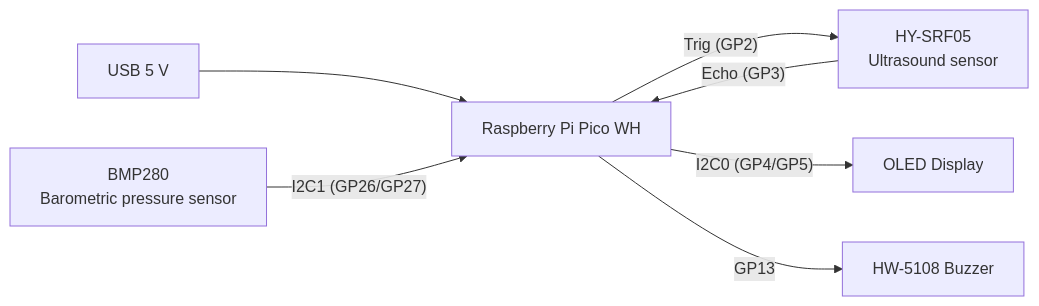
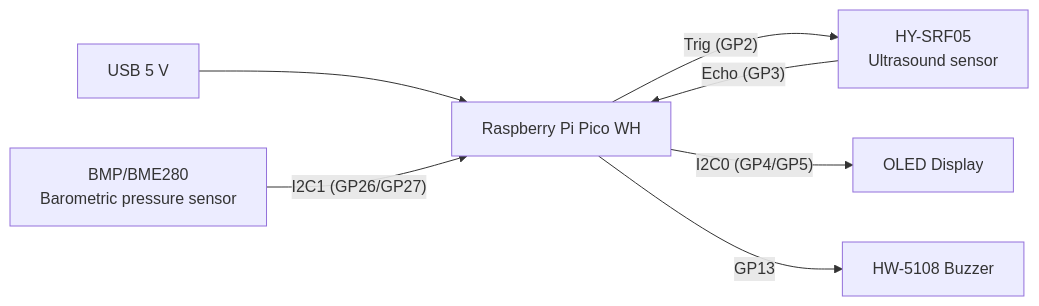
Before and after one commit to Patik05/BPC-DE2-project: the diagram in README.md, drawn with Mermaid. The commit also changed other lines of this file, not shown here.

````diff
--- a/README.md
+++ b/README.md
@@ -35,9 +35,9 @@
 ```mermaid
 flowchart LR
     USB[USB 5 V] --> PICO[Raspberry Pi Pico WH]
     PICO -- "Trig (GP2)" --> US[HY-SRF05<br>Ultrasound sensor]
     US -- "Echo (GP3)" --> PICO
-    BMP[BMP280<br>Barometric pressure sensor] -- "I2C1 (GP26/GP27)" --> PICO
+    BMP/BME[BMP/BME280<br>Barometric pressure sensor] -- "I2C1 (GP26/GP27)" --> PICO
     PICO -- "I2C0 (GP4/GP5)" --> OLED[OLED Display]
     PICO -- "GP13" --> BUZ[HW-5108 Buzzer]
 ```
````
